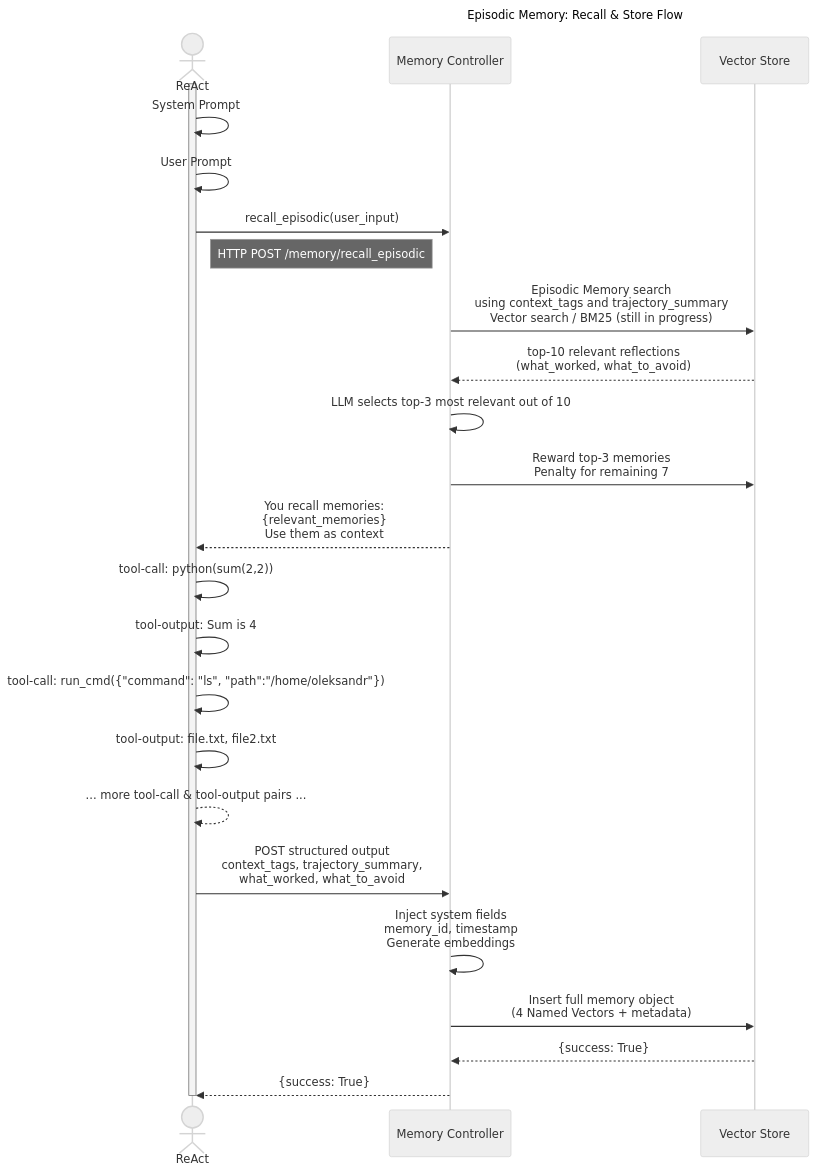
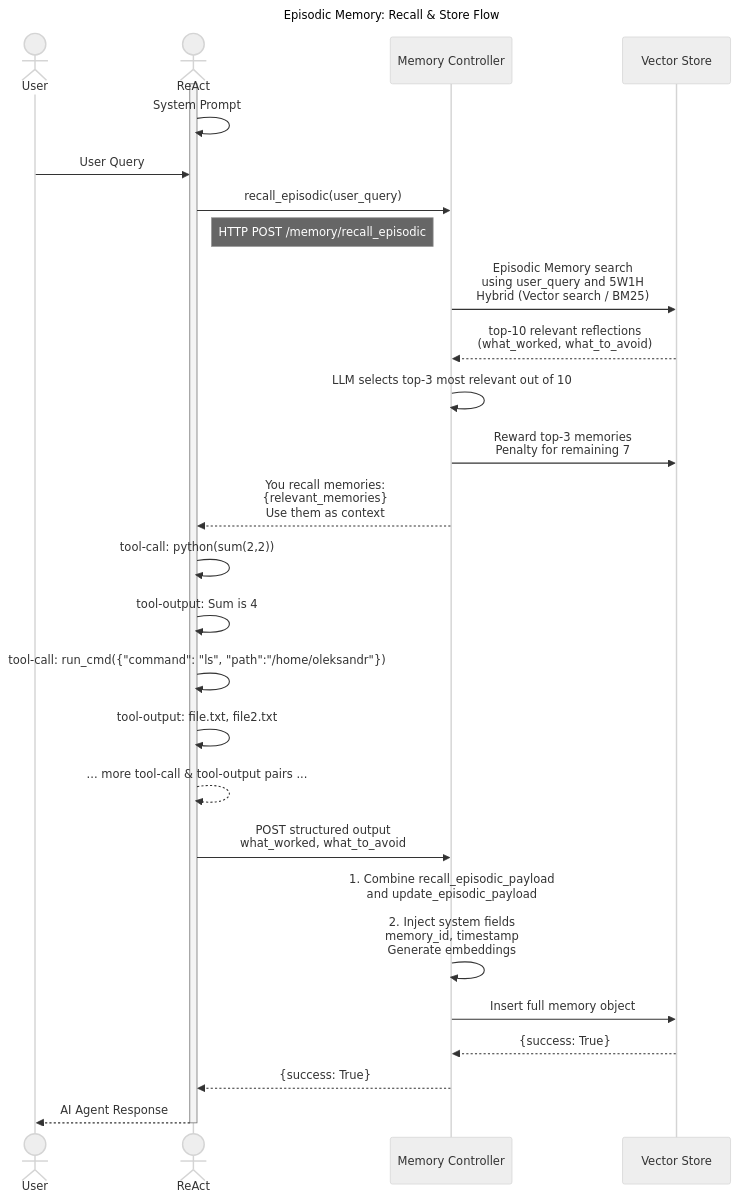
The diagram in an_experimental_development_of_spec/memory_controller/episodic_memory/sequence_diagram.md (oshulha/agentic_playground), drawn with Mermaid (neutral theme) before and after one commit. The commit also changed 9 other files, not shown here.

Commit message:
episodic memory completed (but no forgetting)

````diff
--- a/an_experimental_development_of_spec/memory_controller/episodic_memory/sequence_diagram.md
+++ b/an_experimental_development_of_spec/memory_controller/episodic_memory/sequence_diagram.md
@@ -2,45 +2,48 @@
 ```mermaid
 sequenceDiagram
     title Episodic Memory: Recall & Store Flow
 
+    actor User
     actor ReAct
     participant MC as Memory Controller
     participant VS as Vector Store
 
     activate ReAct
 
     ReAct->>ReAct: System Prompt
-    ReAct->>ReAct: User Prompt
+    User->>ReAct: User Query
 
-    ReAct->>MC: recall_episodic(user_input)
+    ReAct->>MC: recall_episodic(user_query)
     Note right of ReAct: HTTP POST /memory/recall_episodic
 
-    MC->>VS: Episodic Memory search<br/>using context_tags and trajectory_summary<br/>Vector search / BM25 (still in progress)
+    MC->>VS: Episodic Memory search<br/>using user_query and 5W1H<br/>Hybrid (Vector search / BM25)
     VS-->>MC: top-10 relevant reflections<br/>(what_worked, what_to_avoid)
 
     MC->>MC: LLM selects top-3 most relevant out of 10
 
     MC->>VS: Reward top-3 memories<br/>Penalty for remaining 7
 
     MC-->>ReAct: You recall memories:<br/>{relevant_memories}<br/>Use them as context
 
     ReAct->>ReAct: tool-call: python(sum(2,2))
     ReAct->>ReAct: tool-output: Sum is 4
 
     ReAct->>ReAct: tool-call: run_cmd({"command": "ls", "path":"/home/oleksandr"})
     ReAct->>ReAct: tool-output: file.txt, file2.txt
 
     ReAct-->>ReAct: ... more tool-call & tool-output pairs ...
 
-    ReAct->>MC: POST structured output<br/>context_tags, trajectory_summary,<br/>what_worked, what_to_avoid
+    ReAct->>MC: POST structured output<br/>what_worked, what_to_avoid
 
-    MC->>MC: Inject system fields<br/>memory_id, timestamp<br/>Generate embeddings
+    MC->>MC: 1. Combine recall_episodic_payload<br/>and update_episodic_payload<br/><br/>2. Inject system fields<br/>memory_id, timestamp<br/>Generate embeddings
 
-    MC->>VS: Insert full memory object<br/>(4 Named Vectors + metadata)
+    MC->>VS: Insert full memory object
 
     VS-->>MC: {success: True}
 
     MC-->>ReAct: {success: True}
 
+    ReAct-->>User: AI Agent Response
+
     deactivate ReAct
 ```
````
